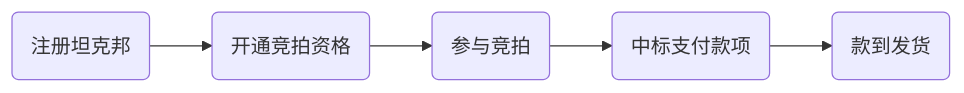
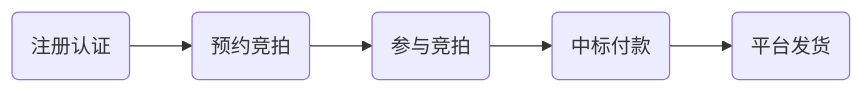
One commit to teckbond/teckbond.github.io changed the diagram in docs/productauction.md. Above: the diagram before and after it, drawn with Mermaid. The commit also changed 1 other file, not shown here.

Commit message:
update any info

````diff
--- a/docs/productauction.md
+++ b/docs/productauction.md
@@ -5,7 +5,7 @@
 ```mermaid
 graph LR
-A(注册坦克邦) -->B(开通竞拍资格)
+A(注册认证) -->B(预约竞拍)
     B --> C(参与竞拍)
-    C --> D(中标支付款项)
-    D --> E(款到发货)
+    C --> D(中标付款)
+    D --> E(平台发货)
 ```
````
